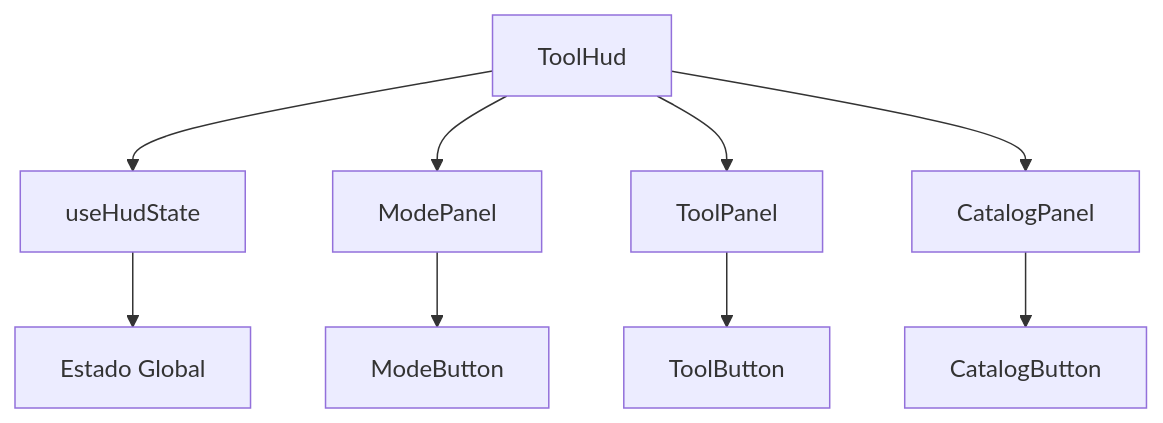
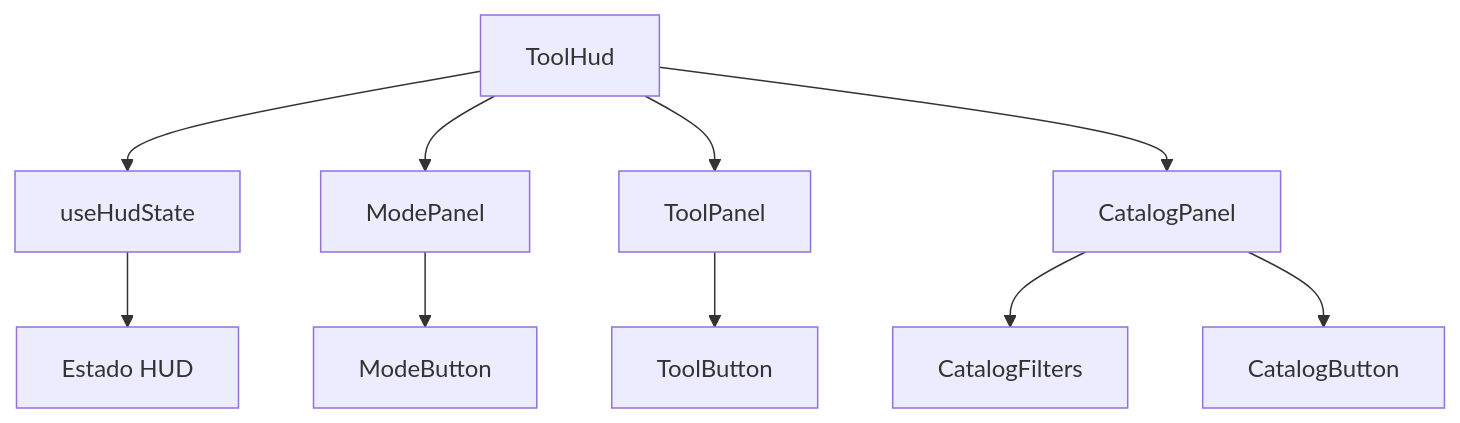
Before and after one commit to arthr/ativos3d: the diagram in src/presentation/hud/README.md, drawn with Mermaid. The commit also changed other lines of this file, not shown here.

Commit message:
docs: atualizar documentação do HUD com novos componentes e funcionalidades, incluindo o sistema de filtros do catálogo, que permite busca por texto e seleção de categorias, melhorando a usabilidade e a apresentação das informações

````diff
--- a/src/presentation/hud/README.md
+++ b/src/presentation/hud/README.md
@@ -47,12 +50,13 @@
 ```mermaid
 graph TD
     A[ToolHud] --> B[useHudState]
     A --> C[ModePanel]
     A --> D[ToolPanel]
     A --> E[CatalogPanel]
+    E --> J[CatalogFilters]
     
-    B --> F[Estado Global]
+    B --> F[Estado HUD]
     C --> G[ModeButton]
     D --> H[ToolButton]
     E --> I[CatalogButton]
 ```
````
